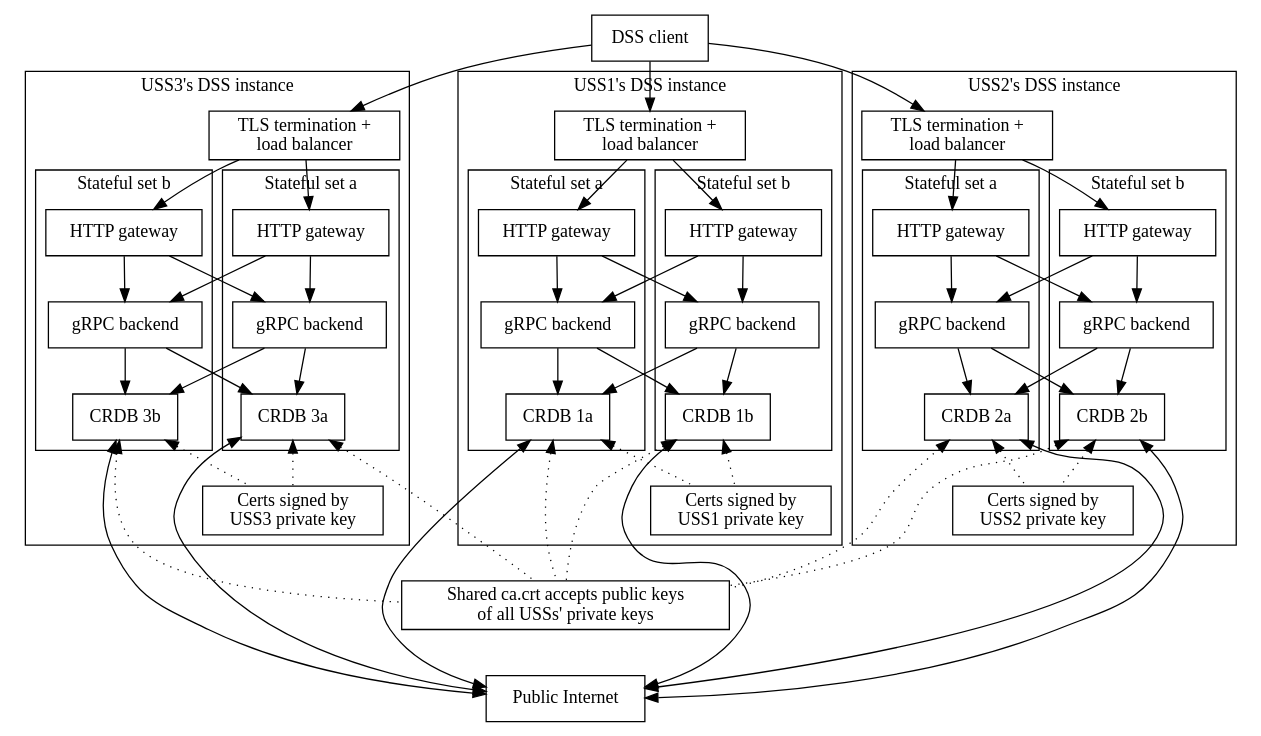
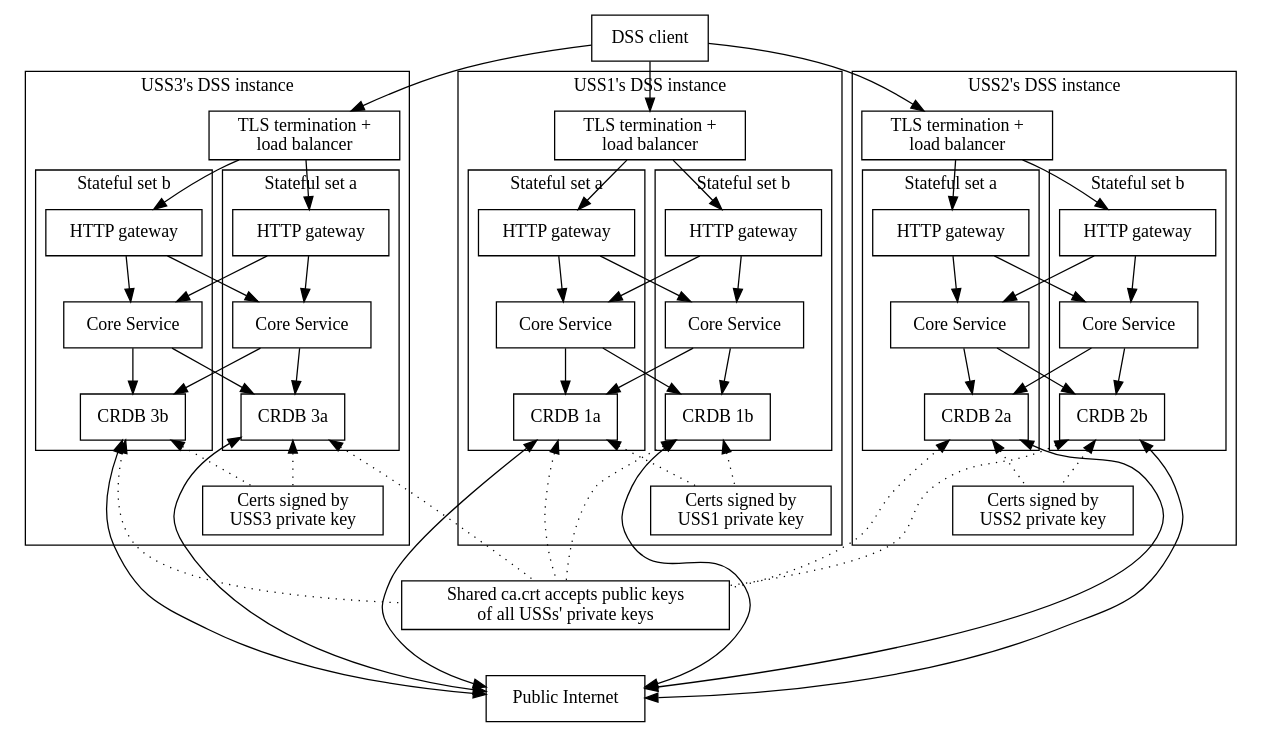
The diagram in assets/pool_architecture.gv (interuss/dss), drawn with Graphviz before and after one commit. The commit also changed 22 other files, not shown here.

Commit message:
Replace grpc-backend with core-service

```diff
--- a/assets/pool_architecture.gv
+++ b/assets/pool_architecture.gv
@@ -1,114 +1,114 @@
 // To render:
 //   dot -Tpng -ogenerated/pool_architecture.png pool_architecture.gv
 digraph G {
     node [shape=box];
 
     DSSClient [label="DSS client"]
 
     LoadBalancer1 [label="TLS termination +\nload balancer"]
     HTTPGateway1a [label="HTTP gateway"];
     HTTPGateway1b [label="HTTP gateway"];
-    gRPCBackend1a [label="gRPC backend"];
-    gRPCBackend1b [label="gRPC backend"];
+    CoreService1a [label="Core Service"];
+    CoreService1b [label="Core Service"];
     CRDB1a [label="CRDB 1a"];
     CRDB1b [label="CRDB 1b"];
     PrivateKey1 [label="Certs signed by\nUSS1 private key"]
 
     LoadBalancer2 [label="TLS termination +\nload balancer"]
     HTTPGateway2a [label="HTTP gateway"];
     HTTPGateway2b [label="HTTP gateway"];
-    gRPCBackend2a [label="gRPC backend"];
-    gRPCBackend2b [label="gRPC backend"];
+    CoreService2a [label="Core Service"];
+    CoreService2b [label="Core Service"];
     CRDB2a [label="CRDB 2a"];
     CRDB2b [label="CRDB 2b"];
     PrivateKey2 [label="Certs signed by\nUSS2 private key"]
 
     LoadBalancer3 [label="TLS termination +\nload balancer"]
     HTTPGateway3a [label="HTTP gateway"];
     HTTPGateway3b [label="HTTP gateway"];
-    gRPCBackend3a [label="gRPC backend"];
-    gRPCBackend3b [label="gRPC backend"];
+    CoreService3a [label="Core Service"];
+    CoreService3b [label="Core Service"];
     CRDB3a [label="CRDB 3a"];
     CRDB3b [label="CRDB 3b"];
     PrivateKey3 [label="Certs signed by\nUSS3 private key"]
 
     Certs [label="Shared ca.crt accepts public keys\nof all USSs' private keys"];
     PublicInternet [label="Public Internet"];
 
     subgraph cluster_0 {
     label="USS1's DSS instance"
     subgraph cluster_1 {
     label="Stateful set a";
-    HTTPGateway1a -> gRPCBackend1a -> CRDB1a;
+    HTTPGateway1a -> CoreService1a -> CRDB1a;
     }
     subgraph cluster_2 {
     label="Stateful set b";
-    HTTPGateway1b -> gRPCBackend1b -> CRDB1b;
+    HTTPGateway1b -> CoreService1b -> CRDB1b;
     }
     CRDB1a -> PrivateKey1 [dir=back,style=dotted];
     CRDB1b -> PrivateKey1 [dir=back,style=dotted];
-    HTTPGateway1a -> gRPCBackend1b -> CRDB1a;
-    HTTPGateway1b -> gRPCBackend1a -> CRDB1b;
+    HTTPGateway1a -> CoreService1b -> CRDB1a;
+    HTTPGateway1b -> CoreService1a -> CRDB1b;
     LoadBalancer1 -> HTTPGateway1a
     LoadBalancer1 -> HTTPGateway1b
     }
 
     subgraph cluster_4 {
     label="USS2's DSS instance"
     subgraph cluster_5 {
     label="Stateful set a";
-    HTTPGateway2a -> gRPCBackend2a -> CRDB2a;
+    HTTPGateway2a -> CoreService2a -> CRDB2a;
     }
     subgraph cluster_6 {
     label="Stateful set b";
-    HTTPGateway2b -> gRPCBackend2b -> CRDB2b;
+    HTTPGateway2b -> CoreService2b -> CRDB2b;
     }
     CRDB2a -> PrivateKey2 [dir=back,style=dotted];
     CRDB2b -> PrivateKey2 [dir=back,style=dotted];
-    HTTPGateway2a -> gRPCBackend2b -> CRDB2a;
-    HTTPGateway2b -> gRPCBackend2a -> CRDB2b;
+    HTTPGateway2a -> CoreService2b -> CRDB2a;
+    HTTPGateway2b -> CoreService2a -> CRDB2b;
     LoadBalancer2 -> HTTPGateway2a
     LoadBalancer2 -> HTTPGateway2b
     }
 
     subgraph cluster_8 {
     label="USS3's DSS instance"
     subgraph cluster_9 {
     label="Stateful set a";
-    HTTPGateway3a -> gRPCBackend3a -> CRDB3a;
+    HTTPGateway3a -> CoreService3a -> CRDB3a;
     }
     subgraph cluster_10 {
     label="Stateful set b";
-    HTTPGateway3b -> gRPCBackend3b -> CRDB3b;
+    HTTPGateway3b -> CoreService3b -> CRDB3b;
     }
     CRDB3a -> PrivateKey3 [dir=back,style=dotted];
     CRDB3b -> PrivateKey3 [dir=back,style=dotted];
-    HTTPGateway3a -> gRPCBackend3b -> CRDB3a;
-    HTTPGateway3b -> gRPCBackend3a -> CRDB3b;
+    HTTPGateway3a -> CoreService3b -> CRDB3a;
+    HTTPGateway3b -> CoreService3a -> CRDB3b;
     LoadBalancer3 -> HTTPGateway3a
     LoadBalancer3 -> HTTPGateway3b
     }
 
     DSSClient -> LoadBalancer1;
     DSSClient -> LoadBalancer2;
     DSSClient -> LoadBalancer3;
 
     CRDB1a -> Certs [dir=back,style=dotted];
     CRDB1b -> Certs [dir=back,style=dotted];
     CRDB2a -> Certs [dir=back,style=dotted];
     CRDB2b -> Certs [dir=back,style=dotted];
     CRDB3a -> Certs [dir=back,style=dotted];
     CRDB3b -> Certs [dir=back,style=dotted];
 
     CRDB1a -> PublicInternet [dir=both];
     CRDB1b -> PublicInternet [dir=both];
     CRDB2a -> PublicInternet [dir=both];
     CRDB2b -> PublicInternet [dir=both];
     CRDB3a -> PublicInternet [dir=both];
     CRDB3b -> PublicInternet [dir=both];
 
     PrivateKey1 -> Certs [dir=none,color=transparent];
     PrivateKey2 -> Certs [dir=none,color=transparent];
     PrivateKey3 -> Certs [dir=none,color=transparent];
     Certs -> PublicInternet [dir=none,color=transparent];
 }
```
